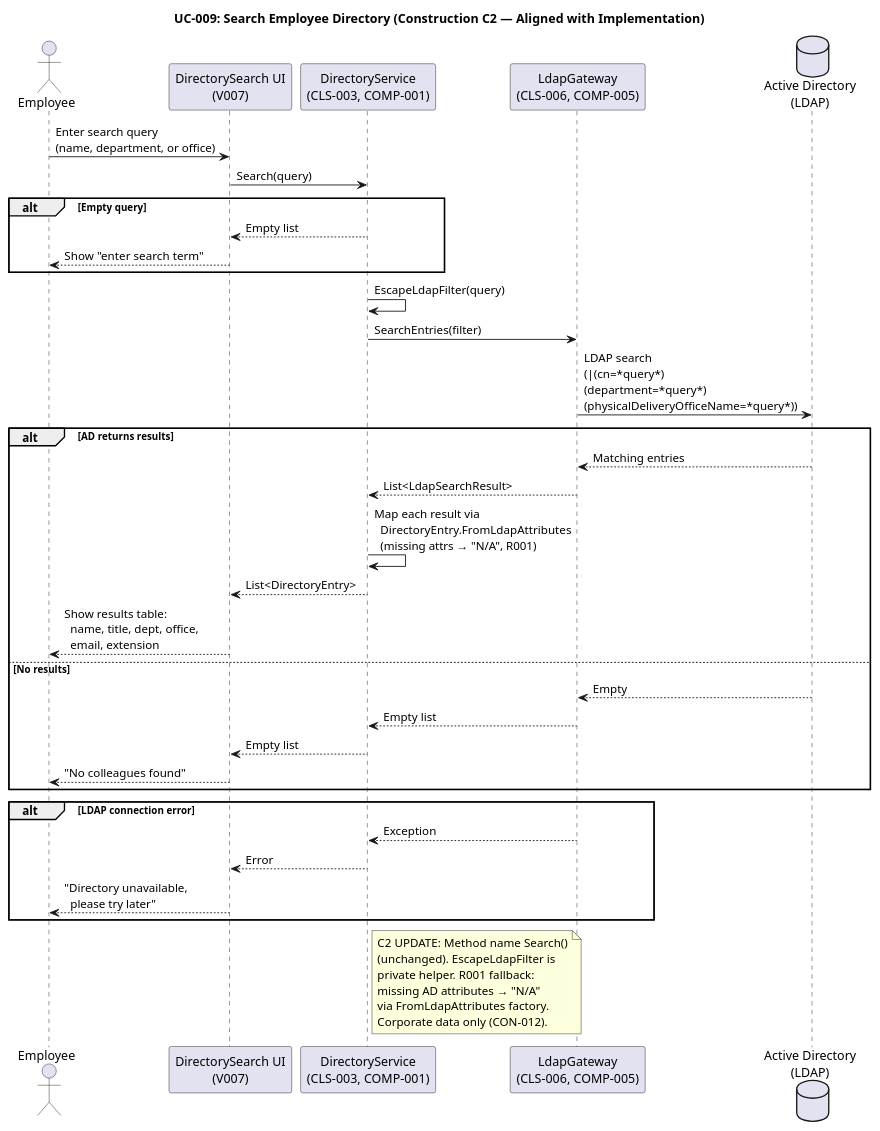
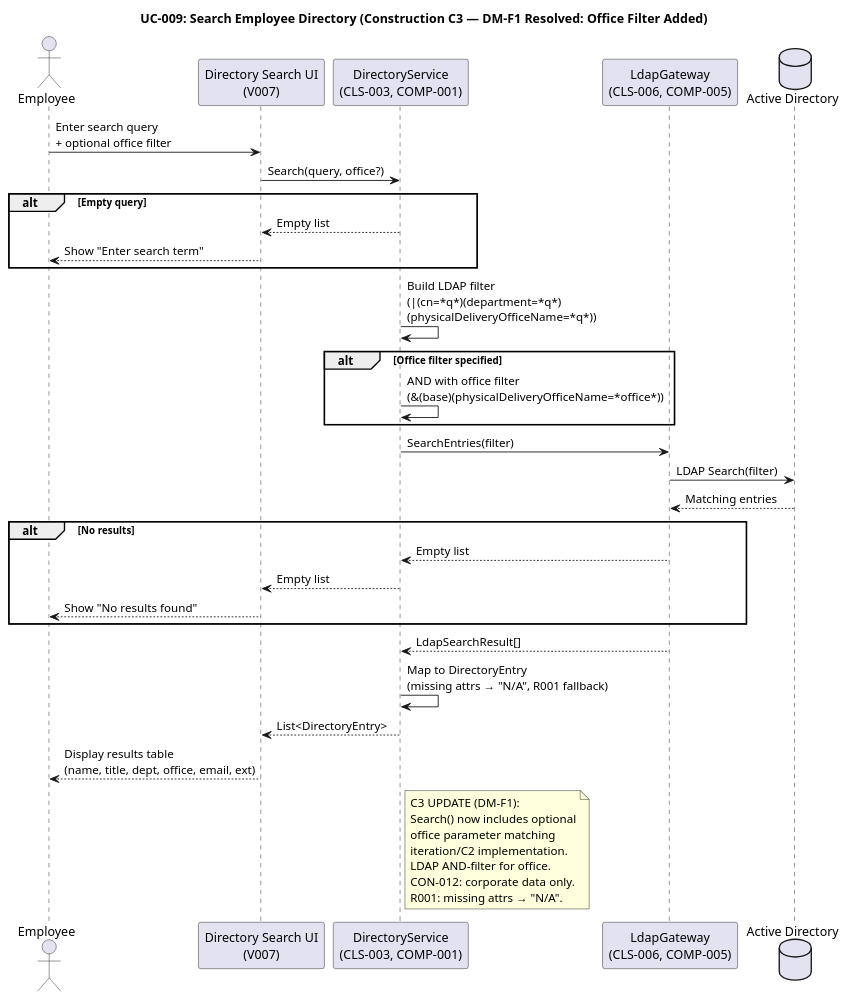
Before and after one commit to banense-test/portal-cuba-corp: the tenth of 31 diagrams in docs/artifacts/analysis---design/design-model.md, drawn with PlantUML. The commit also changed other lines of this file, not shown here.

````diff
--- a/docs/artifacts/analysis---design/design-model.md
+++ b/docs/artifacts/analysis---design/design-model.md
@@ -725,52 +635,53 @@
 ```plantuml
 @startuml
-title UC-009: Search Employee Directory (Construction C2 — Aligned with Implementation)
+title UC-009: Search Employee Directory (Construction C3 — DM-F1 Resolved: Office Filter Added)
 
 actor Employee as EMP
-participant "DirectorySearch UI\n(V007)" as UI
+participant "Directory Search UI\n(V007)" as UI
 participant "DirectoryService\n(CLS-003, COMP-001)" as SVC
 participant "LdapGateway\n(CLS-006, COMP-005)" as LDAP
-database "Active Directory\n(LDAP)" as AD
+database "Active Directory" as AD
 
-EMP -> UI : Enter search query\n(name, department, or office)
-UI -> SVC : Search(query)
+EMP -> UI : Enter search query\n+ optional office filter
+UI -> SVC : Search(query, office?)
 
 alt Empty query
   SVC --> UI : Empty list
-  UI --> EMP : Show "enter search term"
+  UI --> EMP : Show "Enter search term"
 end
 
-SVC -> SVC : EscapeLdapFilter(query)
+SVC -> SVC : Build LDAP filter\n(|(cn=*q*)(department=*q*)\n(physicalDeliveryOfficeName=*q*))
+
+alt Office filter specified
+  SVC -> SVC : AND with office filter\n(&(base)(physicalDeliveryOfficeName=*office*))
+end
+
 SVC -> LDAP : SearchEntries(filter)
-LDAP -> AD : LDAP search\n(|(cn=*query*)\n(department=*query*)\n(physicalDeliveryOfficeName=*query*))
+LDAP -> AD : LDAP Search(filter)
+AD --> LDAP : Matching entries
 
-alt AD returns results
-  AD --> LDAP : Matching entries
-  LDAP --> SVC : List<LdapSearchResult>
-  SVC -> SVC : Map each result via\n  DirectoryEntry.FromLdapAttributes\n  (missing attrs → "N/A", R001)
-  SVC --> UI : List<DirectoryEntry>
-  UI --> EMP : Show results table:\n  name, title, dept, office,\n  email, extension
-else No results
-  AD --> LDAP : Empty
+alt No results
   LDAP --> SVC : Empty list
   SVC --> UI : Empty list
-  UI --> EMP : "No colleagues found"
+  UI --> EMP : Show "No results found"
 end
 
-alt LDAP connection error
-  LDAP --> SVC : Exception
-  SVC --> UI : Error
-  UI --> EMP : "Directory unavailable,\n  please try later"
-end
+LDAP --> SVC : LdapSearchResult[]
+
+SVC -> SVC : Map to DirectoryEntry\n(missing attrs → "N/A", R001 fallback)
+
+SVC --> UI : List<DirectoryEntry>
+UI --> EMP : Display results table\n(name, title, dept, office, email, ext)
 
 note right of SVC
-  C2 UPDATE: Method name Search()
-  (unchanged). EscapeLdapFilter is
-  private helper. R001 fallback:
-  missing AD attributes → "N/A"
-  via FromLdapAttributes factory.
-  Corporate data only (CON-012).
+  C3 UPDATE (DM-F1):
+  Search() now includes optional
+  office parameter matching
+  iteration/C2 implementation.
+  LDAP AND-filter for office.
+  CON-012: corporate data only.
+  R001: missing attrs → "N/A".
 end note
 
 @enduml
 ```
````
